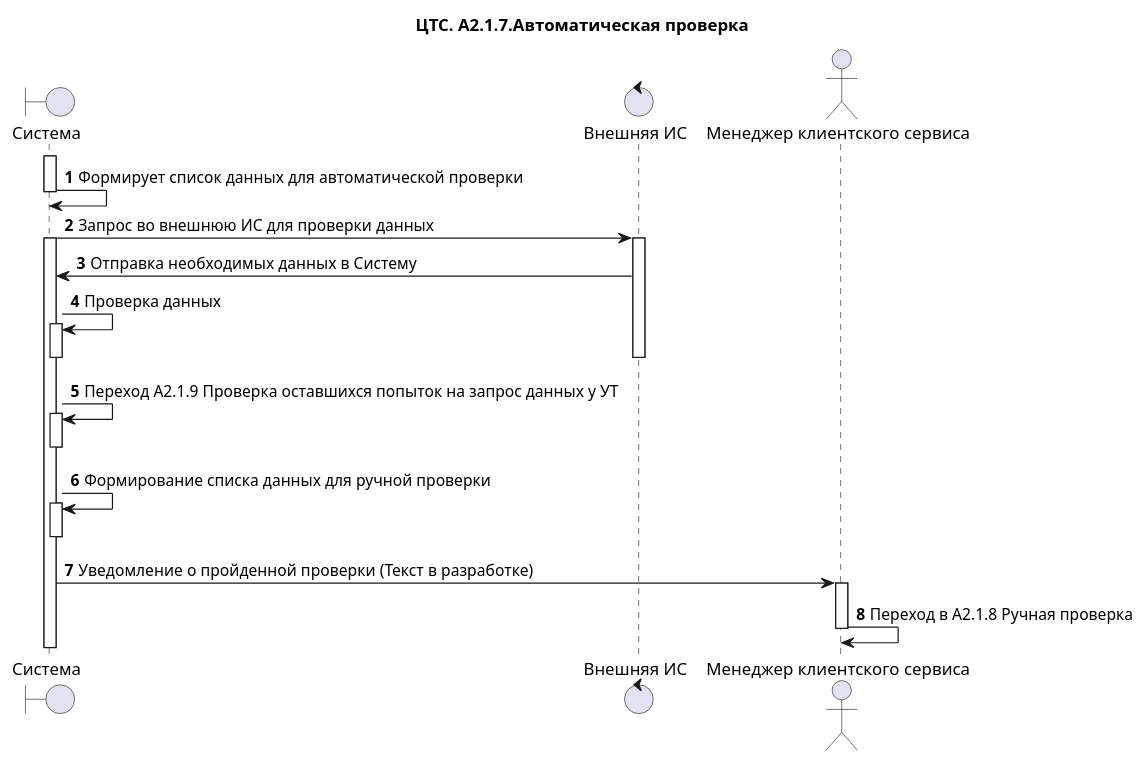
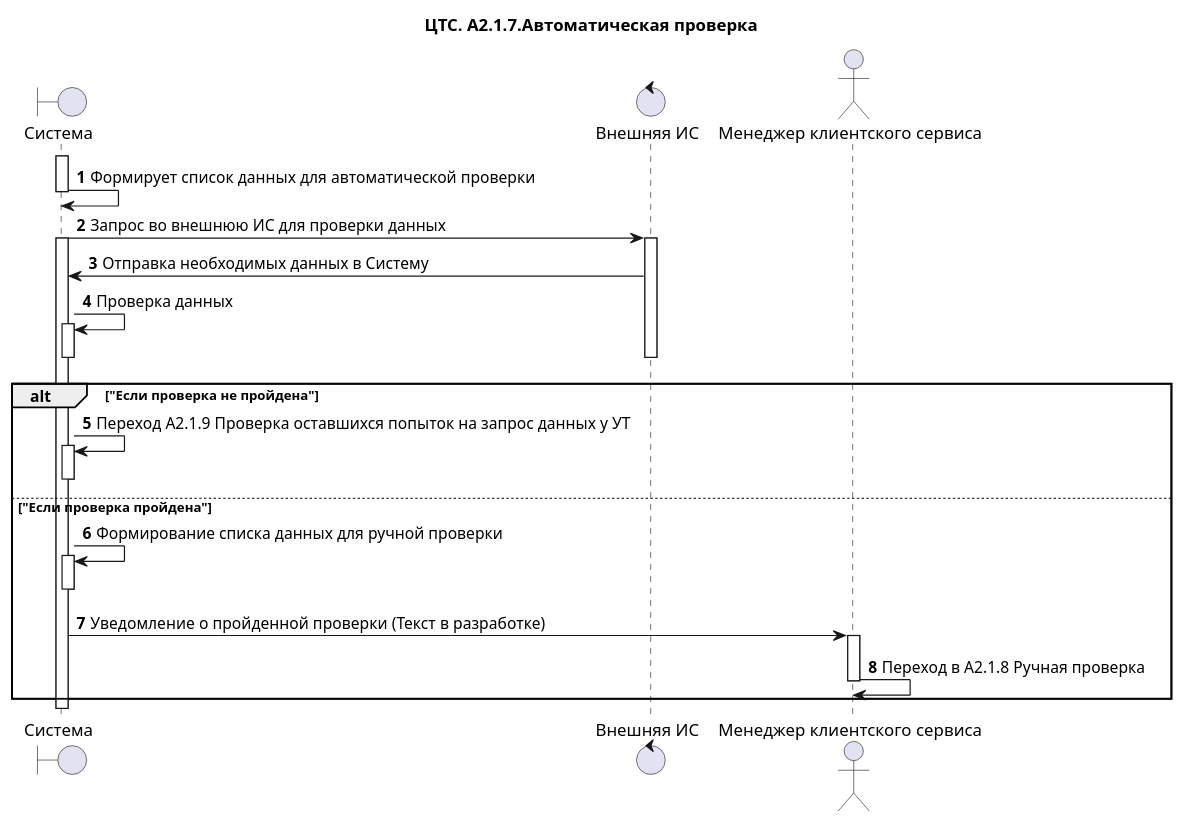
Before and after one commit to moaxmoaxpxrf4jag/CTS.Documentation: the diagram in Project solutions/БП. Диаграммы/A2.Управление организациями-УТ/A2.1.Подключение новой Организации-УТ/ЦТС. А2.1.7. Автоматическая проверка.puml, drawn with PlantUML.

Commit message:
Обновлено ЦТС. А2.1.7. Автоматическая проверка.puml

```diff
--- a/Project solutions/БП. Диаграммы/A2.Управление организациями-УТ/A2.1.Подключение новой Организации-УТ/ЦТС. А2.1.7. Автоматическая проверка.puml
+++ b/Project solutions/БП. Диаграммы/A2.Управление организациями-УТ/A2.1.Подключение новой Организации-УТ/ЦТС. А2.1.7. Автоматическая проверка.puml
@@ -1,44 +1,45 @@
 @startuml
 title "ЦТС. А2.1.7.Автоматическая проверка"
 
 boundary "Система" as System
 Control "Внешняя ИС" as ExternaInformationSystem
 actor "Менеджер клиентского сервиса" as CustomerServiceManager
 
 
 autonumber
 
 activate System
 System->System: Формирует список данных для автоматической проверки 
 deactivate System
 
 System->ExternaInformationSystem: Запрос во внешнюю ИС для проверки данных
 activate System
 activate ExternaInformationSystem
 
 ExternaInformationSystem->System: Отправка необходимых данных в Систему
 System->System:Проверка данных
 activate System
 deactivate System
 deactivate ExternaInformationSystem
 
 
 /'Если проверка не пройдена'/
-
+alt "Если проверка не пройдена"
 System->System: Переход А2.1.9 Проверка оставшихся попыток на запрос данных у УТ
 activate System
 deactivate System
 
 /'Если проверка пройдена'/
-
+else "Если проверка пройдена"
 System->System:Формирование списка данных для ручной проверки
 activate System
 deactivate System
 
 
 System->CustomerServiceManager:Уведомление о пройденной проверки (Текст в разработке)
 activate CustomerServiceManager
 CustomerServiceManager->CustomerServiceManager:Переход в А2.1.8 Ручная проверка
 deactivate CustomerServiceManager
+end
 
 @enduml
```
